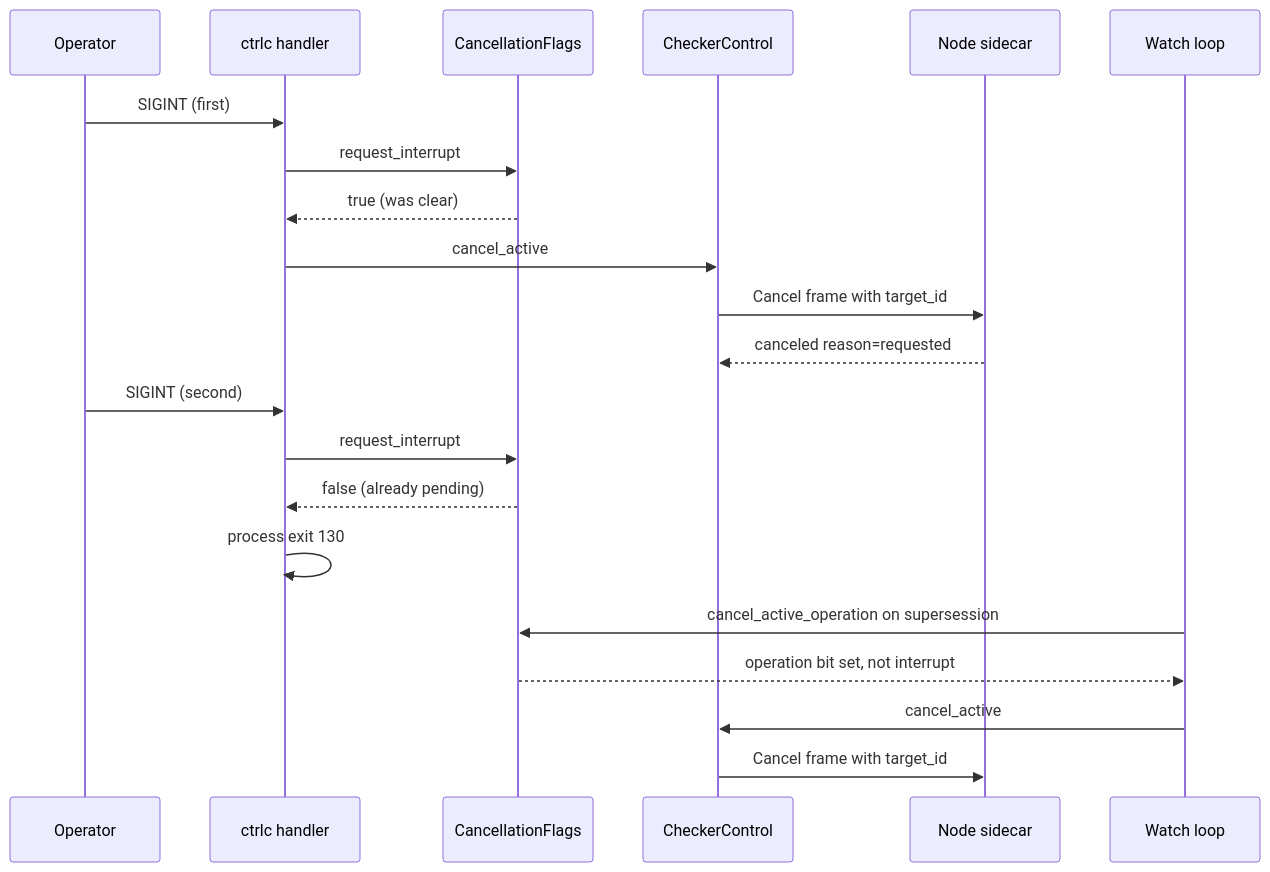
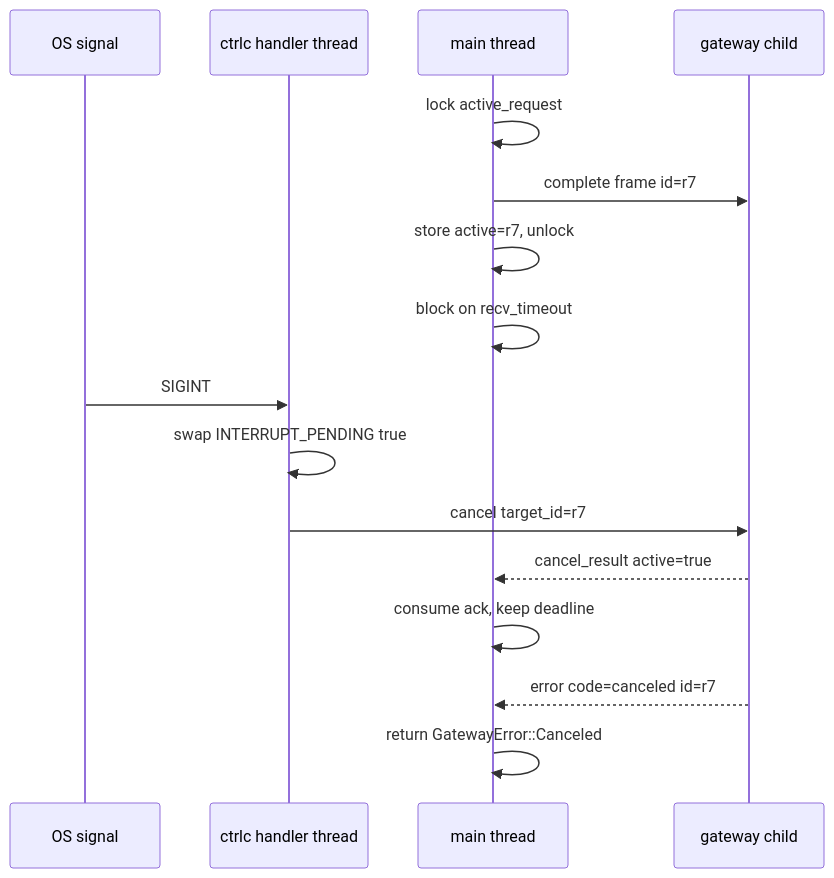
Before and after one commit to iantocristian/jscout: the second of 2 diagrams in docs/codebase-analysis/16-cross-cutting.md, drawn with Mermaid. The commit also changed other lines of this file and 33 other files, not shown here.

````diff
--- a/docs/codebase-analysis/16-cross-cutting.md
+++ b/docs/codebase-analysis/16-cross-cutting.md
@@ -67,23 +92,18 @@
 ```mermaid
 sequenceDiagram
-  participant Op as Operator
-  participant H as ctrlc handler
-  participant F as CancellationFlags
-  participant C as CheckerControl
-  participant S as Node sidecar
-  participant W as Watch loop
-  Op->>H: SIGINT (first)
-  H->>F: request_interrupt
-  F-->>H: true (was clear)
-  H->>C: cancel_active
-  C->>S: Cancel frame with target_id
-  S-->>C: canceled reason=requested
-  Op->>H: SIGINT (second)
-  H->>F: request_interrupt
-  F-->>H: false (already pending)
-  H->>H: process exit 130
-  W->>F: cancel_active_operation on supersession
-  F-->>W: operation bit set, not interrupt
-  W->>C: cancel_active
-  C->>S: Cancel frame with target_id
+  participant OS as OS signal
+  participant H as ctrlc handler thread
+  participant M as main thread
+  participant G as gateway child
+  M->>M: lock active_request
+  M->>G: complete frame id=r7
+  M->>M: store active=r7, unlock
+  M->>M: block on recv_timeout
+  OS->>H: SIGINT
+  H->>H: swap INTERRUPT_PENDING true
+  H->>G: cancel target_id=r7
+  G-->>M: cancel_result active=true
+  M->>M: consume ack, keep deadline
+  G-->>M: error code=canceled id=r7
+  M->>M: return GatewayError::Canceled
 ```
````
